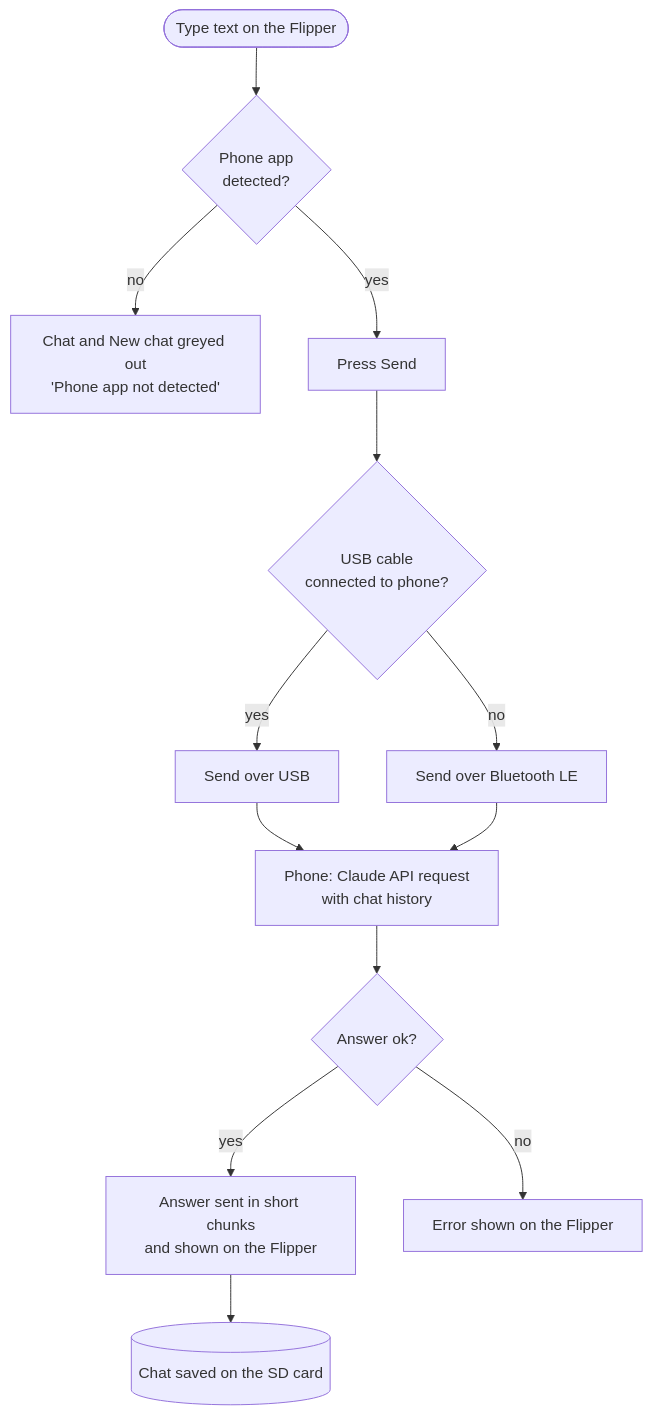
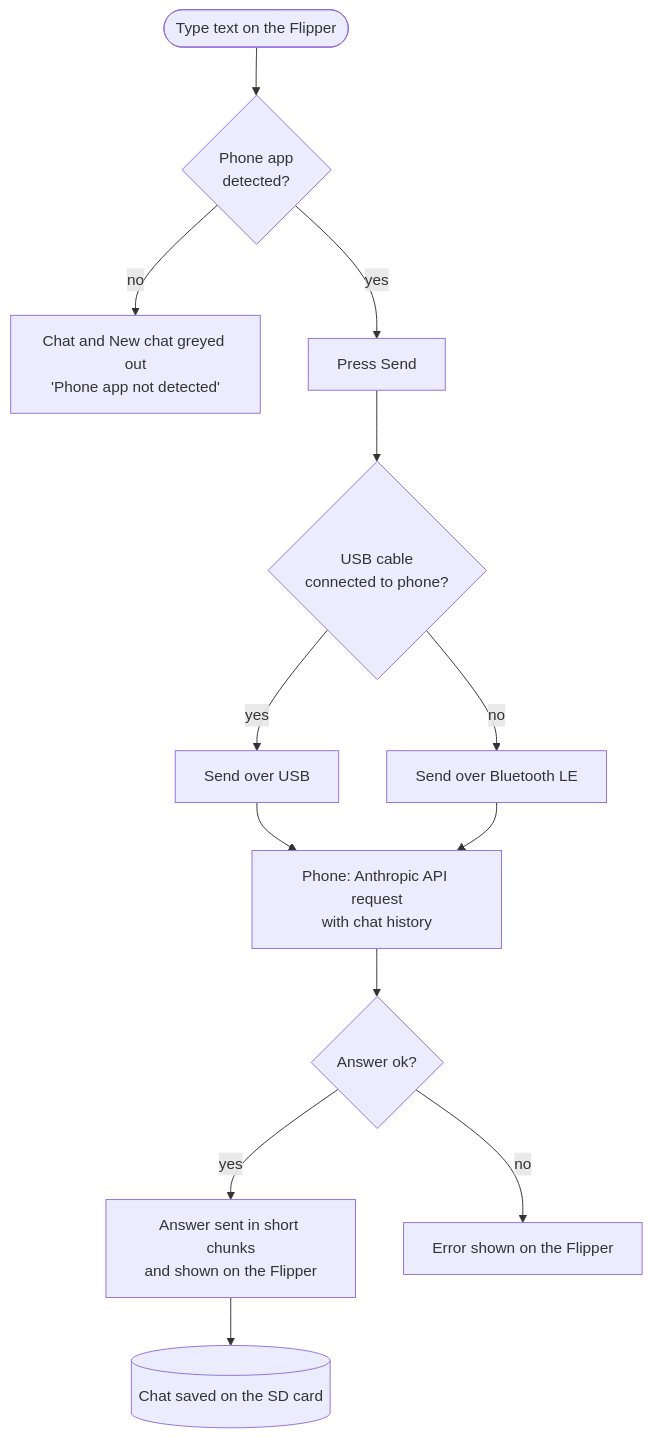
One commit to Nahida4479/Flipper-AI-Bridge changed the second of 5 diagrams in README.md. Above: the diagram before and after it, drawn with Mermaid. The commit also changed other lines of this file and 28 other files, not shown here.

````diff
--- a/README.md
+++ b/README.md
@@ -28,15 +28,15 @@
 ```mermaid
 flowchart TD
     A([Type text on the Flipper]) --> B{Phone app<br/>detected?}
     B -- no --> C["Chat and New chat greyed out<br/>'Phone app not detected'"]
     B -- yes --> D[Press Send]
     D --> E{USB cable<br/>connected to phone?}
     E -- yes --> F[Send over USB]
     E -- no --> G[Send over Bluetooth LE]
-    F --> H[Phone: Claude API request<br/>with chat history]
+    F --> H[Phone: Anthropic API request<br/>with chat history]
     G --> H
     H --> I{Answer ok?}
     I -- yes --> J["Answer sent in short chunks<br/>and shown on the Flipper"]
     I -- no --> K["Error shown on the Flipper"]
     J --> L[(Chat saved on the SD card)]
 ```
````
